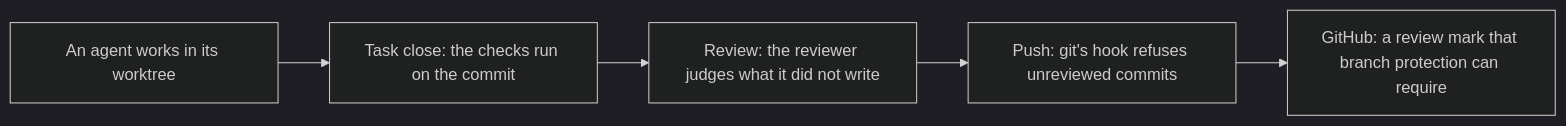
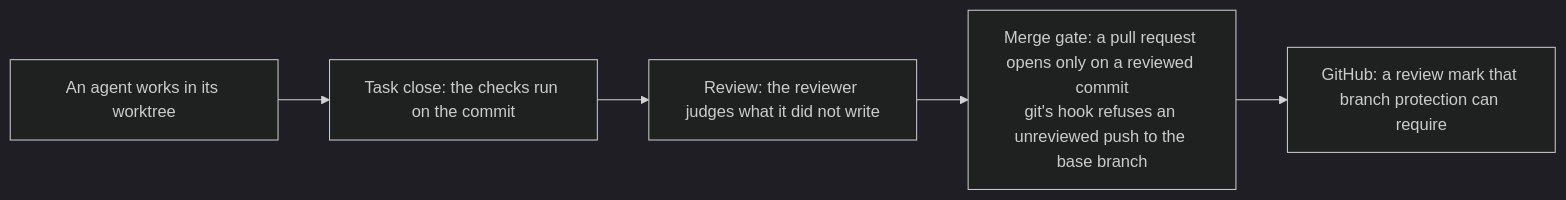
The second of 3 diagrams in docs/architecture/ENGINE.md (trustmybot/tmb), drawn with Mermaid (dark theme) before and after one commit. The commit also changed other lines of this file and 11 other files, not shown here.

First line of the commit message:
📝 docs: review gates the merge, the push gate guards the base branch

````diff
--- a/docs/architecture/ENGINE.md
+++ b/docs/architecture/ENGINE.md
@@ -64,7 +64,7 @@
 ```mermaid
 flowchart LR
     W["An agent works in its worktree"] --> C1["Task close: the checks run on the commit"]
     C1 --> C2["Review: the reviewer judges what it did not write"]
-    C2 --> C3["Push: git's hook refuses unreviewed commits"]
+    C2 --> C3["Merge gate: a pull request opens only on a reviewed commit<br/>git's hook refuses an unreviewed push to the base branch"]
     C3 --> C4["GitHub: a review mark that branch protection can require"]
 ```
````
